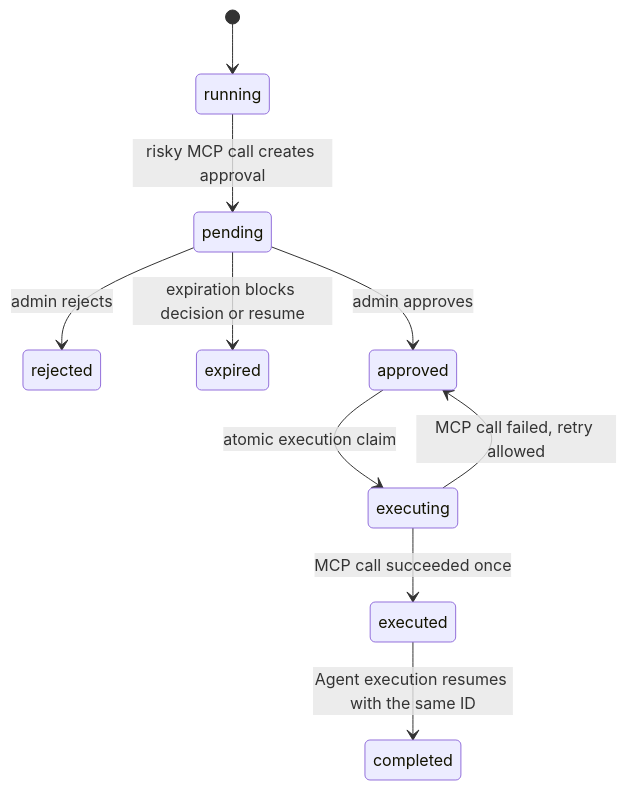
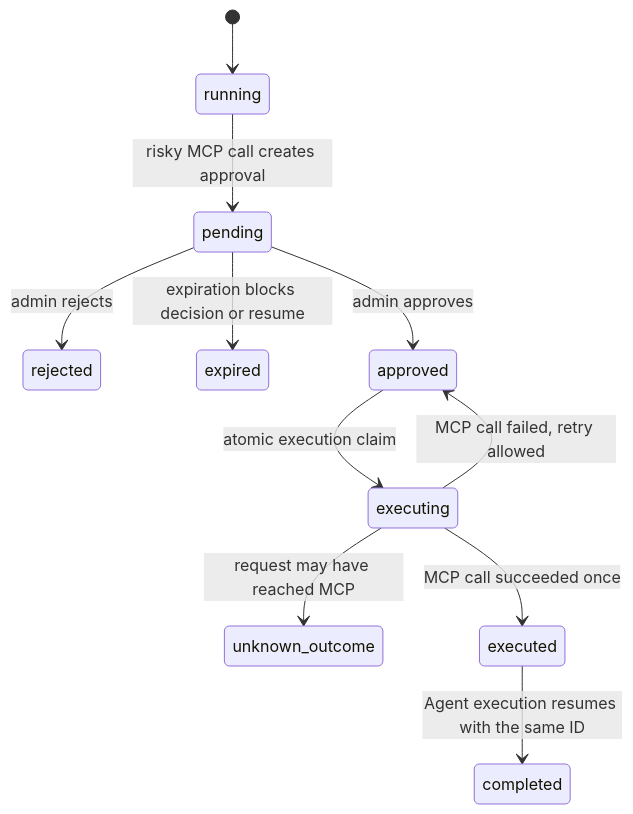
The second of 2 diagrams in docs/agent/agent-chat-flow.md (ArchChuan/Stratum), drawn with Mermaid before and after one commit. The commit also changed other lines of this file and 65 other files, not shown here.

````diff
--- a/docs/agent/agent-chat-flow.md
+++ b/docs/agent/agent-chat-flow.md
@@ -53,12 +53,13 @@
 ```mermaid
 stateDiagram-v2
     [*] --> running
     running --> pending: risky MCP call creates approval
     pending --> rejected: admin rejects
     pending --> expired: expiration blocks decision or resume
     pending --> approved: admin approves
     approved --> executing: atomic execution claim
     executing --> approved: MCP call failed, retry allowed
+    executing --> unknown_outcome: request may have reached MCP
     executing --> executed: MCP call succeeded once
     executed --> completed: Agent execution resumes with the same ID
 ```
````
